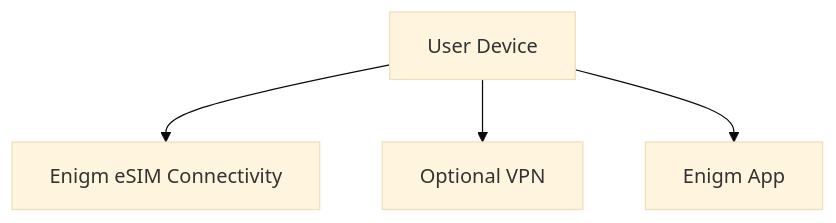
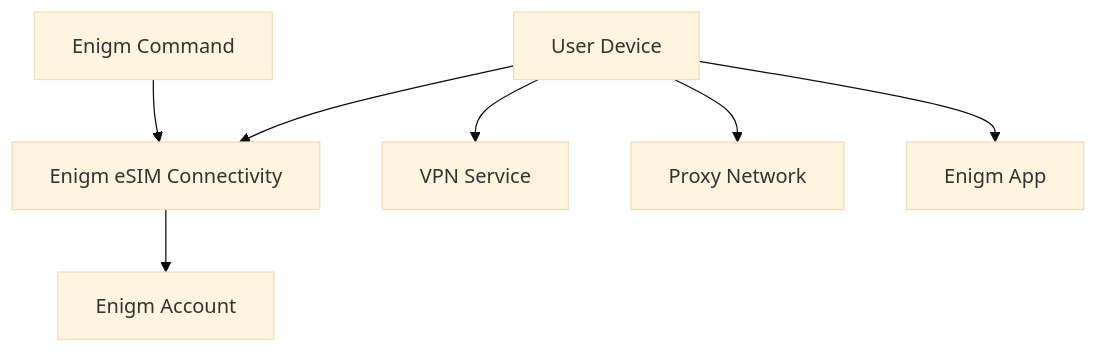
Before and after one commit to enigm-llc/docs: the diagram in platform/esim.mdx, drawn with Mermaid (base theme). The commit also changed other lines of this file and 53 other files, not shown here.

````diff
--- a/platform/esim.mdx
+++ b/platform/esim.mdx
@@ -18,11 +22,17 @@
 ```mermaid
 flowchart TD
+  Command["Enigm Command"]
+  Account["Enigm Account"]
   Device["User Device"]
   ESIM["Enigm eSIM Connectivity"]
-  VPN["Optional VPN"]
+  VPN["VPN Service"]
+  Proxy["Proxy Network"]
   App["Enigm App"]
 
+  Command --> ESIM
+  ESIM --> Account
   Device --> ESIM
   Device --> VPN
+  Device --> Proxy
   Device --> App
 ```
````
